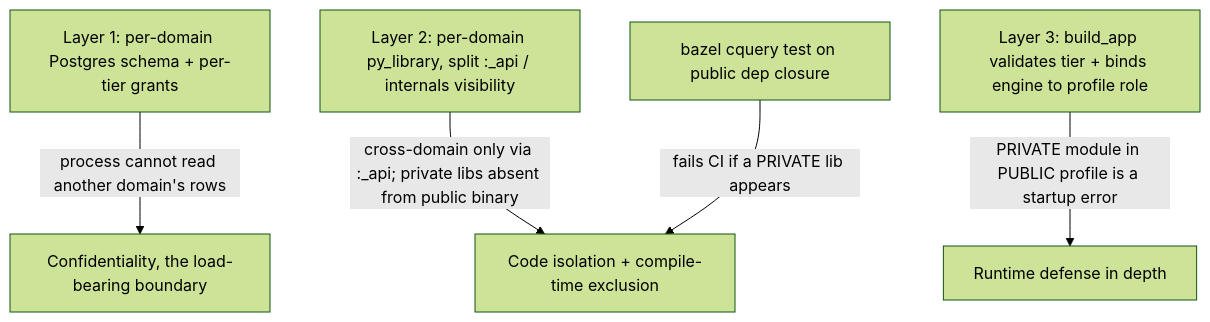
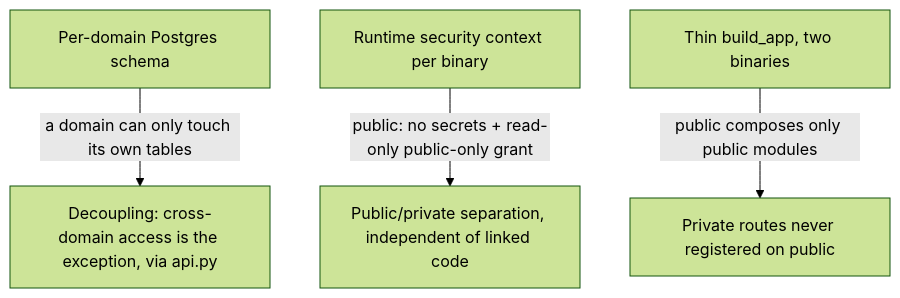
One commit to jomcgi-org/homelab changed the first of 2 diagrams in docs/decisions/services/010-fastmonolith-modular-framework.md. Above: the diagram before and after it, drawn with Mermaid (forest theme). The commit also changed other lines of this file and 1 other file, not shown here.

First line of the commit message:
docs(adr): reframe FastMonolith boundary as runtime context

````diff
--- a/docs/decisions/services/010-fastmonolith-modular-framework.md
+++ b/docs/decisions/services/010-fastmonolith-modular-framework.md
@@ -64,7 +66,6 @@
 ```mermaid
 graph TD
-    A[Layer 1: per-domain Postgres schema + per-tier grants] -->|process cannot read another domain's rows| B[Confidentiality, the load-bearing boundary]
-    C[Layer 2: per-domain py_library, split :_api / internals visibility] -->|cross-domain only via :_api; private libs absent from public binary| D[Code isolation + compile-time exclusion]
-    E[Layer 3: build_app validates tier + binds engine to profile role] -->|PRIVATE module in PUBLIC profile is a startup error| F[Runtime defense in depth]
-    G[bazel cquery test on public dep closure] -->|fails CI if a PRIVATE lib appears| D
+    A[Per-domain Postgres schema] -->|a domain can only touch its own tables| B[Decoupling: cross-domain access is the exception, via api.py]
+    C[Runtime security context per binary] -->|public: no secrets + read-only public-only grant| D[Public/private separation, independent of linked code]
+    E[Thin build_app, two binaries] -->|public composes only public modules| F[Private routes never registered on public]
 ```
````
